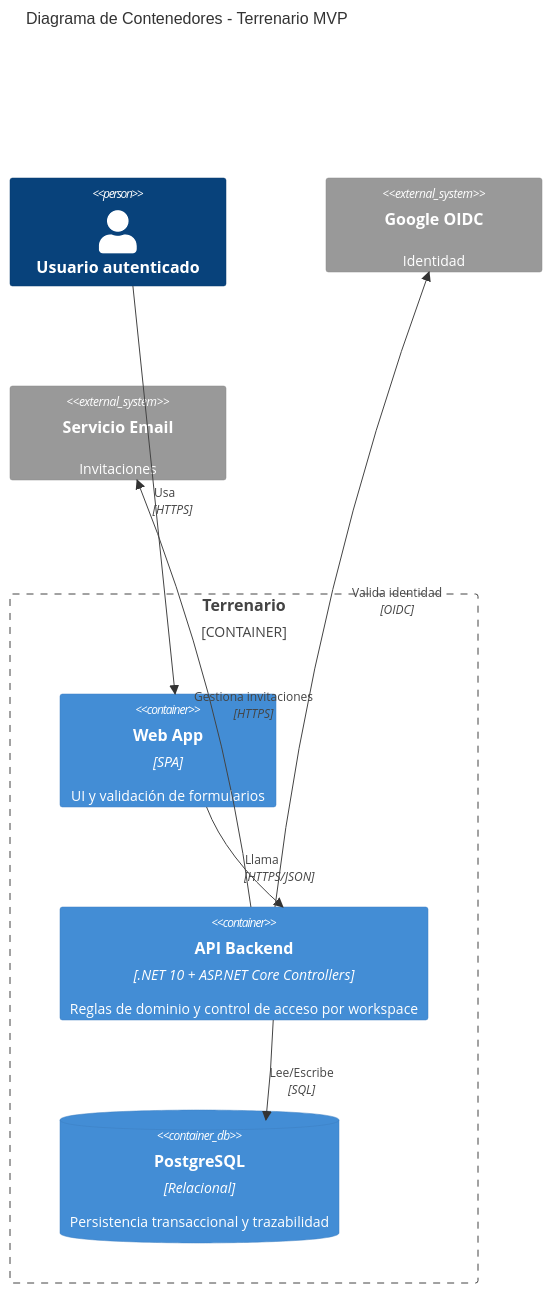
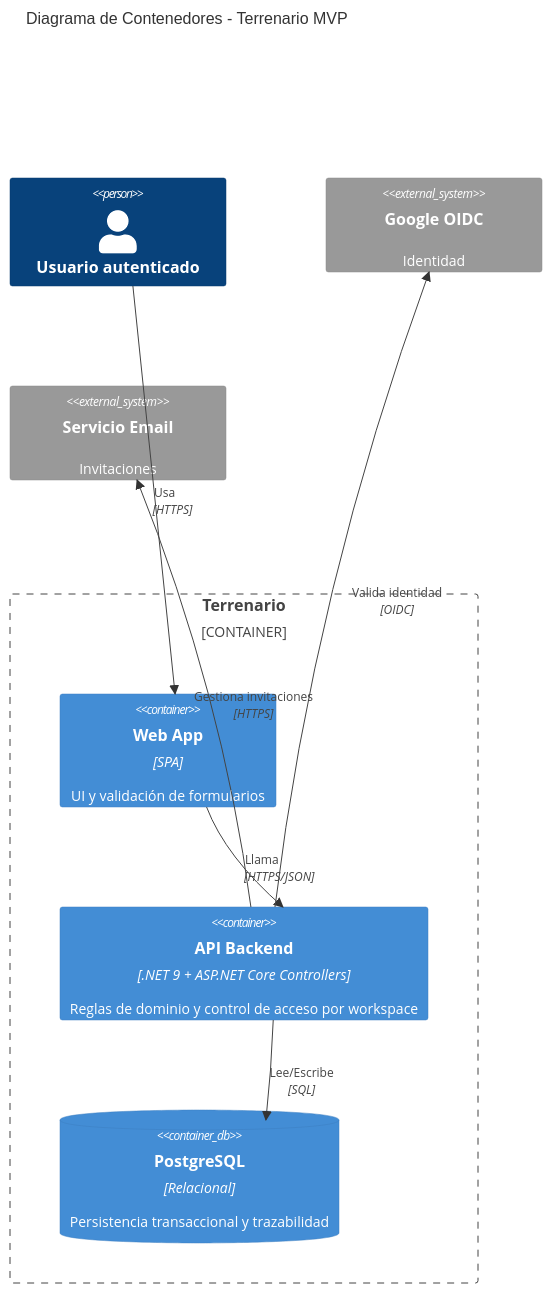
Before and after one commit to AndresGilabert/terrenario: the second of 2 diagrams in docs/02-arquitectura/vision-general.md, drawn with Mermaid. The commit also changed other lines of this file and 9 other files, not shown here.

````diff
--- a/docs/02-arquitectura/vision-general.md
+++ b/docs/02-arquitectura/vision-general.md
@@ -70,21 +70,21 @@
 ```mermaid
 C4Container
     title Diagrama de Contenedores - Terrenario MVP
 
     Person(usuario, "Usuario autenticado")
 
     Container_Boundary(c1, "Terrenario") {
         Container(webapp, "Web App", "SPA", "UI y validación de formularios")
-        Container(api, "API Backend", ".NET 10 + ASP.NET Core Controllers", "Reglas de dominio y control de acceso por workspace")
+        Container(api, "API Backend", ".NET 9 + ASP.NET Core Controllers", "Reglas de dominio y control de acceso por workspace")
         ContainerDb(db, "PostgreSQL", "Relacional", "Persistencia transaccional y trazabilidad")
     }
 
     System_Ext(google_oidc, "Google OIDC", "Identidad")
     System_Ext(email_service, "Servicio Email", "Invitaciones")
 
     Rel(usuario, webapp, "Usa", "HTTPS")
     Rel(webapp, api, "Llama", "HTTPS/JSON")
     Rel(api, db, "Lee/Escribe", "SQL")
     Rel(api, google_oidc, "Valida identidad", "OIDC")
     Rel(api, email_service, "Gestiona invitaciones", "HTTPS")
 ```
````
